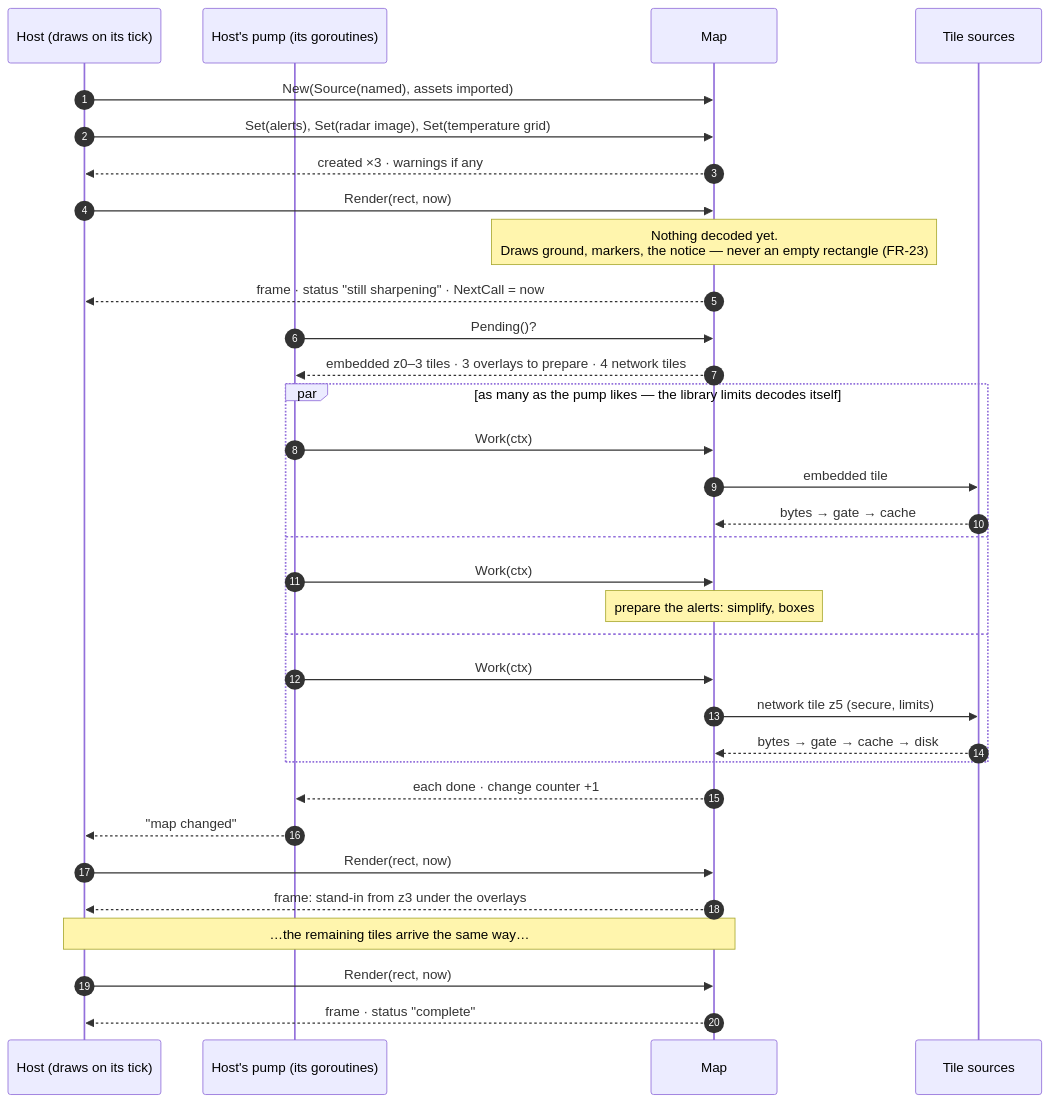
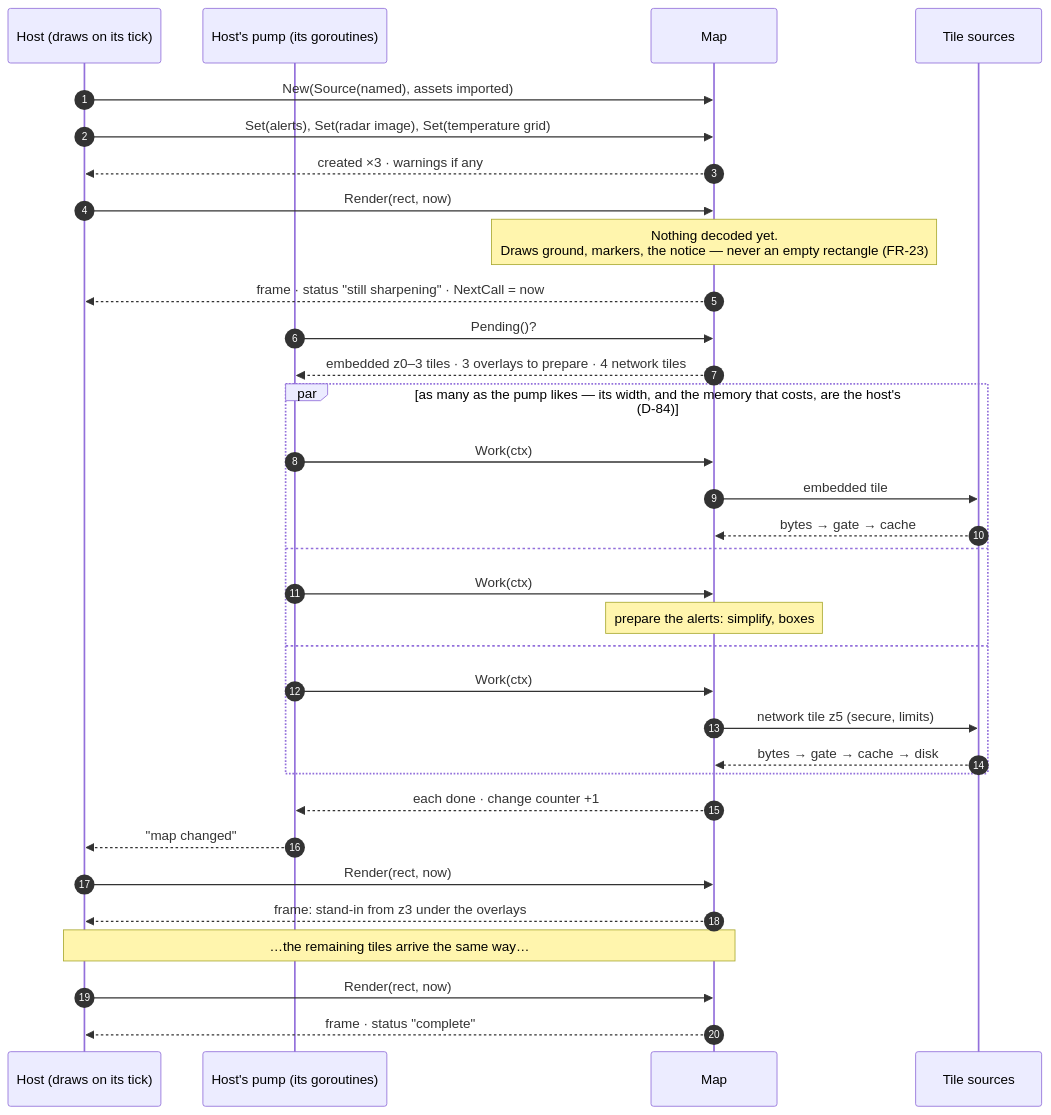
Before and after one commit to branden-thompson/go-tuimaps: the first of 4 diagrams in 06_docs/02_features/go-tuimaps/03-architecture-design/L3-sequences.md, drawn with Mermaid. The commit also changed 7 other files, not shown here.

First line of the commit message:
docs(plan): ruling D-84 — no decode limiter; the memory peak is the host's, stated two Work calls wide

````diff
--- a/06_docs/02_features/go-tuimaps/03-architecture-design/L3-sequences.md
+++ b/06_docs/02_features/go-tuimaps/03-architecture-design/L3-sequences.md
@@ -9,35 +9,35 @@
 ```mermaid
 sequenceDiagram
     autonumber
     participant H as Host (draws on its tick)
     participant P as Host's pump (its goroutines)
     participant M as Map
     participant T as Tile sources
     H->>M: New(Source(named), assets imported)
     H->>M: Set(alerts), Set(radar image), Set(temperature grid)
     M-->>H: created ×3 · warnings if any
     H->>M: Render(rect, now)
     Note over M: Nothing decoded yet.<br/>Draws ground, markers, the notice — never an empty rectangle (FR-23)
     M-->>H: frame · status "still sharpening" · NextCall = now
     P->>M: Pending()?
     M-->>P: embedded z0–3 tiles · 3 overlays to prepare · 4 network tiles
-    par as many as the pump likes — the library limits decodes itself
+    par as many as the pump likes — its width, and the memory that costs, are the host's (D-84)
         P->>M: Work(ctx)
         M->>T: embedded tile
         T-->>M: bytes → gate → cache
     and
         P->>M: Work(ctx)
         Note over M: prepare the alerts: simplify, boxes
     and
         P->>M: Work(ctx)
         M->>T: network tile z5 (secure, limits)
         T-->>M: bytes → gate → cache → disk
     end
     M-->>P: each done · change counter +1
     P-->>H: "map changed"
     H->>M: Render(rect, now)
     M-->>H: frame: stand-in from z3 under the overlays
     Note over H,M: …the remaining tiles arrive the same way…
     H->>M: Render(rect, now)
     M-->>H: frame · status "complete"
 ```
````
